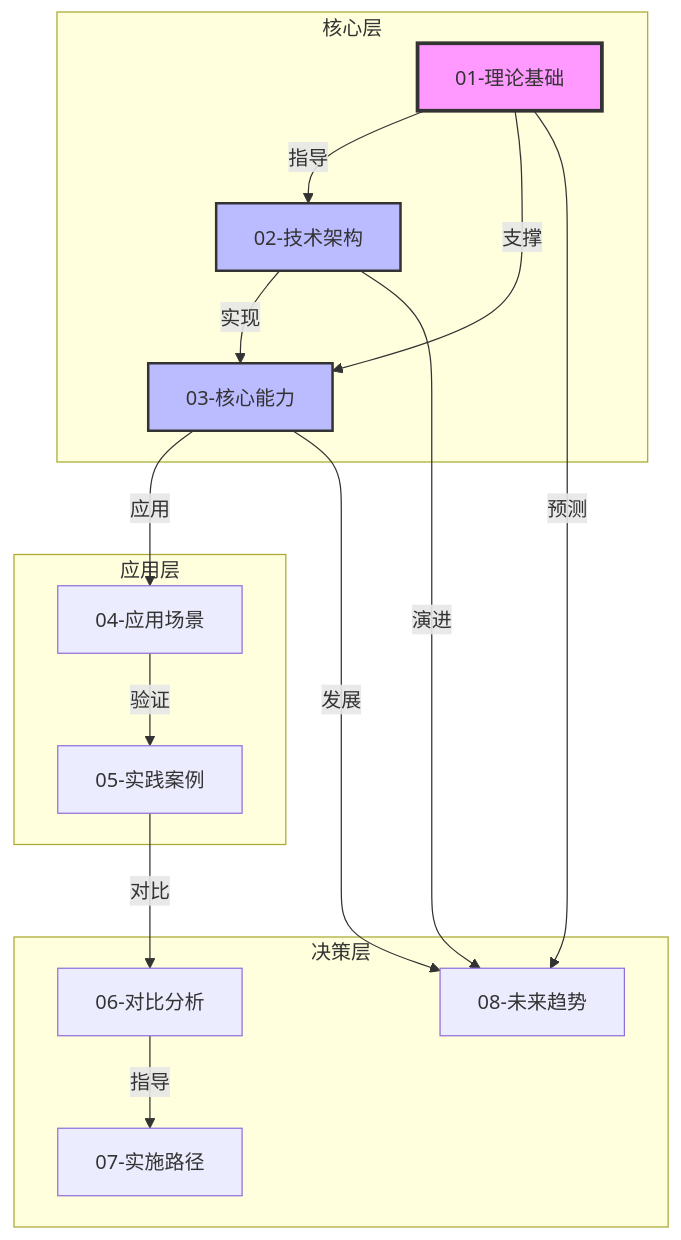
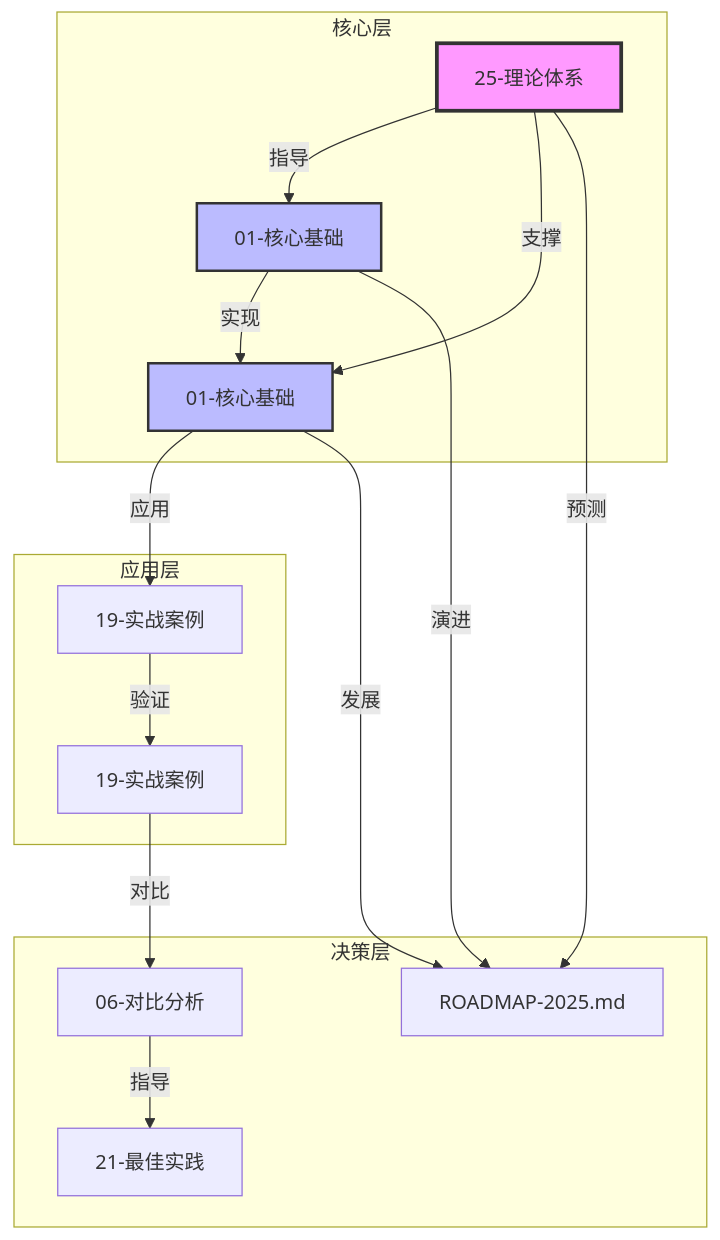
The first of 2 diagrams in Integrate/00-归档-项目管理文档/10-AI与机器学习/00-主题关联关系图.md (AdaMartin18010/PostgreSQL_modern), drawn with Mermaid before and after one commit. The commit also changed other lines of this file and 574 other files, not shown here.

````diff
--- a/Integrate/00-归档-项目管理文档/10-AI与机器学习/00-主题关联关系图.md
+++ b/Integrate/00-归档-项目管理文档/10-AI与机器学习/00-主题关联关系图.md
@@ -16,34 +16,34 @@
 ```mermaid
 graph TB
     subgraph 核心层
-        A[01-理论基础]
-        B[02-技术架构]
-        C[03-核心能力]
+        A[25-理论体系]
+        B[01-核心基础]
+        C[01-核心基础]
     end
 
     subgraph 应用层
-        D[04-应用场景]
-        E[05-实践案例]
+        D[19-实战案例]
+        E[19-实战案例]
     end
 
     subgraph 决策层
         F[06-对比分析]
-        G[07-实施路径]
-        H[08-未来趋势]
+        G[21-最佳实践]
+        H[ROADMAP-2025.md]
     end
 
     A -->|指导| B
     A -->|支撑| C
     B -->|实现| C
     C -->|应用| D
     D -->|验证| E
     E -->|对比| F
     F -->|指导| G
     A -->|预测| H
     B -->|演进| H
     C -->|发展| H
 
     style A fill:#f9f,stroke:#333,stroke-width:3px
     style B fill:#bbf,stroke:#333,stroke-width:2px
     style C fill:#bbf,stroke:#333,stroke-width:2px
 ```
````
